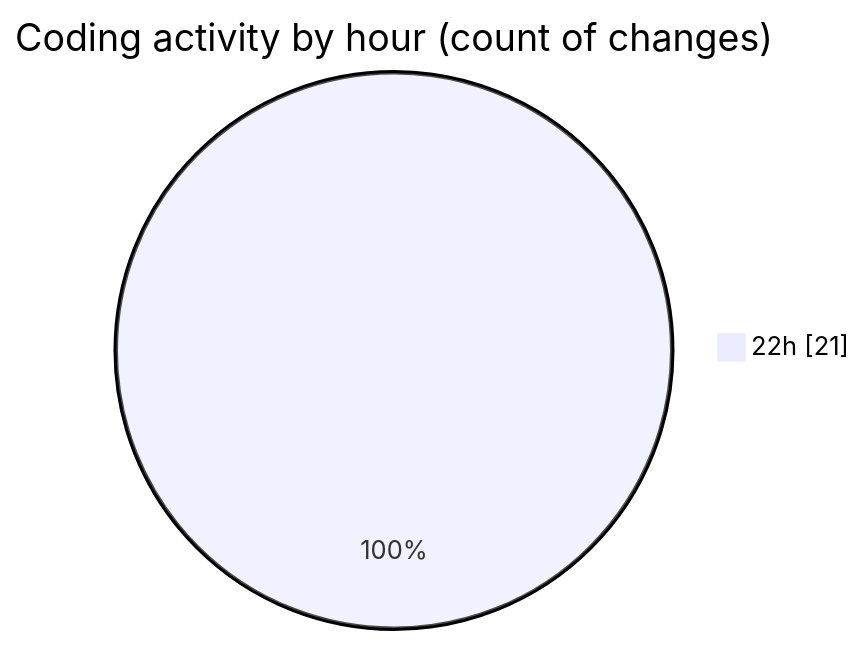
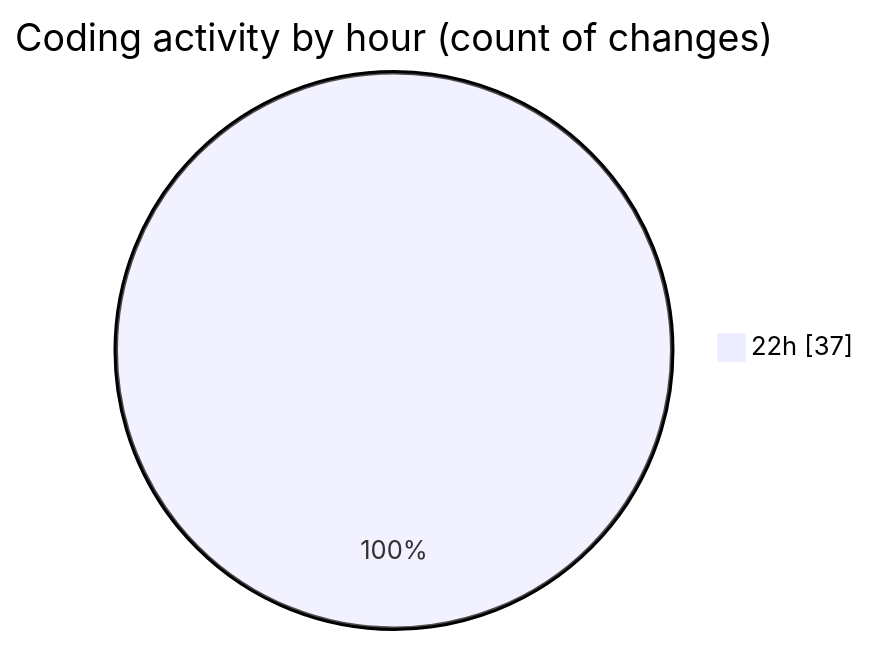
The second of 2 diagrams in 2025-04-11/test/README.md (idhammustaqopulfikri/code-tracking), drawn with Mermaid before and after one commit. The commit also changed other lines of this file and 1 other file, not shown here.

````diff
--- a/2025-04-11/test/README.md
+++ b/2025-04-11/test/README.md
@@ -37,5 +44,5 @@
 ```mermaid
 pie showData
 title Coding activity by hour (count of changes)
-"22h" : 21
+"22h" : 37
 ```
````
